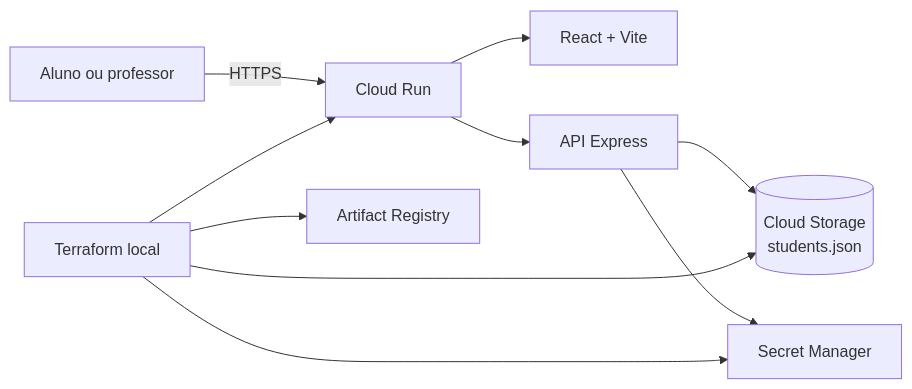
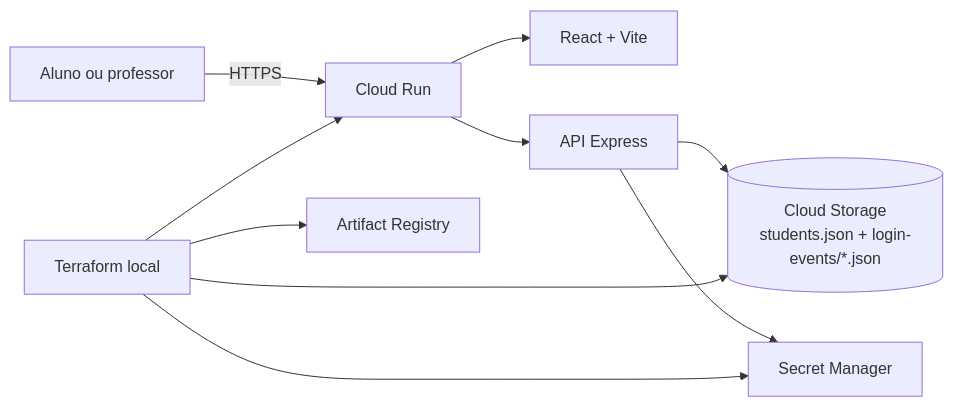
Before and after one commit to ma-calijorne/mca-studios-educacionais: the diagram in README.md, drawn with Mermaid. The commit also changed other lines of this file and 9 other files, not shown here.

````diff
--- a/README.md
+++ b/README.md
@@ -51,12 +52,12 @@
 ```mermaid
 flowchart LR
     A[Aluno ou professor] -->|HTTPS| B[Cloud Run]
     B --> C[React + Vite]
     B --> D[API Express]
-    D --> E[(Cloud Storage\nstudents.json)]
+    D --> E[(Cloud Storage\nstudents.json + login-events/*.json)]
     D --> F[Secret Manager]
     G[Terraform local] --> H[Artifact Registry]
     G --> B
     G --> E
     G --> F
 ```
````
